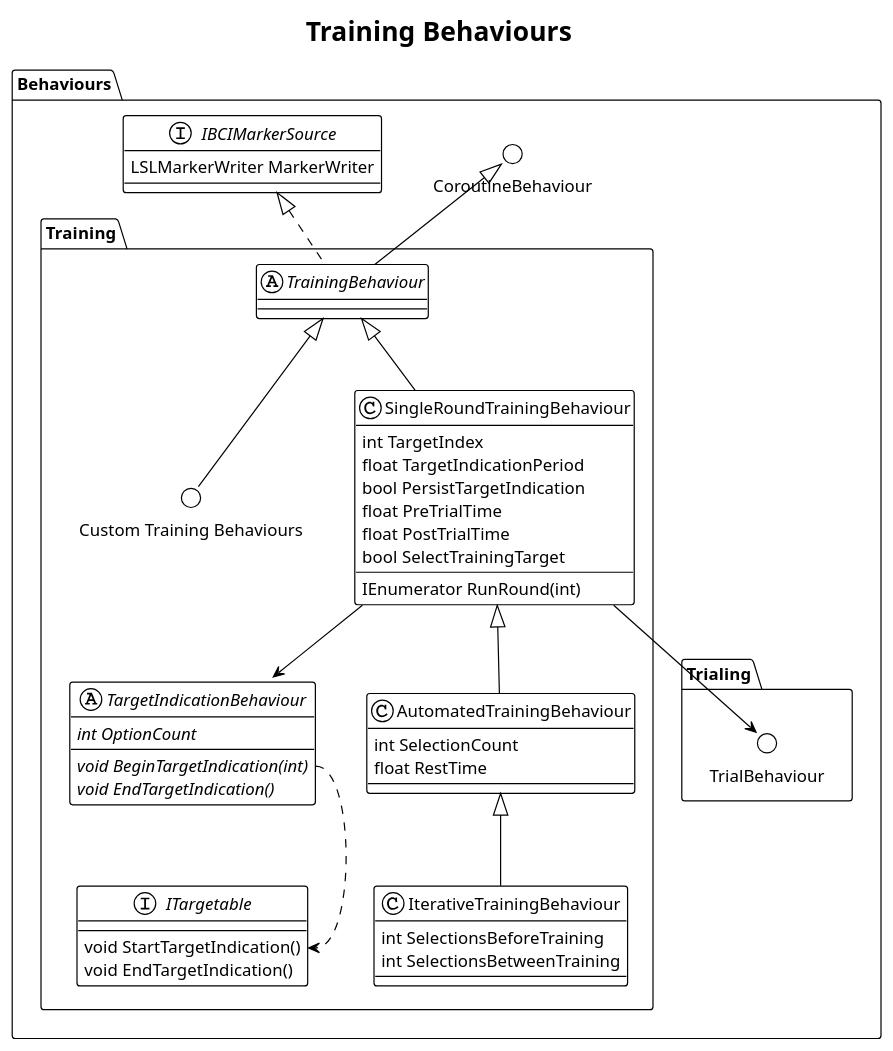
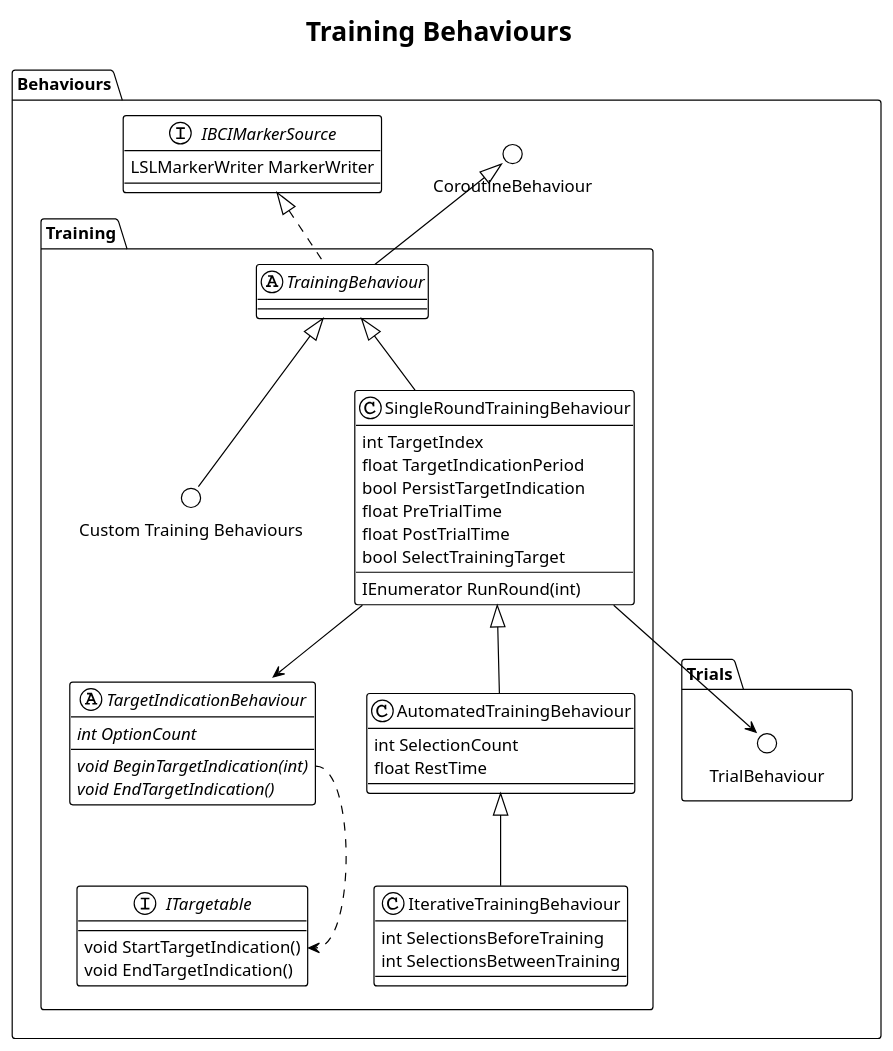
One commit to BCI-Games/bessy-docs changed the diagram in content/bessy-unity/behaviours/training/training-behaviours.plantuml. Above: the diagram before and after it, drawn with PlantUML. The commit also changed 21 other files, not shown here.

Commit message:
Renamed "Trials" namespace

```diff
--- a/content/bessy-unity/behaviours/training/training-behaviours.plantuml
+++ b/content/bessy-unity/behaviours/training/training-behaviours.plantuml
@@ -1,56 +1,56 @@
 @startuml training-behaviours
 !theme plain
 title Training Behaviours
 
 namespace Behaviours {
     circle CoroutineBehaviour
 
     interface Behaviours.IBCIMarkerSource {
         LSLMarkerWriter MarkerWriter
     }
 
-    namespace Trialing {
+    namespace Trials {
         circle TrialBehaviour
     }
 }
 
 namespace Behaviours.Training {
     abstract TrainingBehaviour extends Behaviours.CoroutineBehaviour implements Behaviours.IBCIMarkerSource
     abstract TargetIndicationBehaviour {
         {abstract} int OptionCount
         {abstract} void BeginTargetIndication(int)
         {abstract} void EndTargetIndication()
     }
     interface ITargetable {
         void StartTargetIndication()
         void EndTargetIndication()
     }
     TargetIndicationBehaviour::BeginTargetIndication ..> ITargetable::StartTargetIndication
 
     circle "Custom Training Behaviours" as custom
     TrainingBehaviour <|-- custom
 
     class SingleRoundTrainingBehaviour extends TrainingBehaviour {
         int TargetIndex
         float TargetIndicationPeriod
         bool PersistTargetIndication
         float PreTrialTime
         float PostTrialTime
         bool SelectTrainingTarget
         IEnumerator RunRound(int)
     }
     SingleRoundTrainingBehaviour --> TargetIndicationBehaviour
-    SingleRoundTrainingBehaviour --> .Behaviours.Trialing.TrialBehaviour
+    SingleRoundTrainingBehaviour --> .Behaviours.Trials.TrialBehaviour
 
     class AutomatedTrainingBehaviour extends SingleRoundTrainingBehaviour {
         int SelectionCount
         float RestTime
     }
 
     class IterativeTrainingBehaviour extends AutomatedTrainingBehaviour {
         int SelectionsBeforeTraining
         int SelectionsBetweenTraining
     }
 }
 
 @enduml
```
